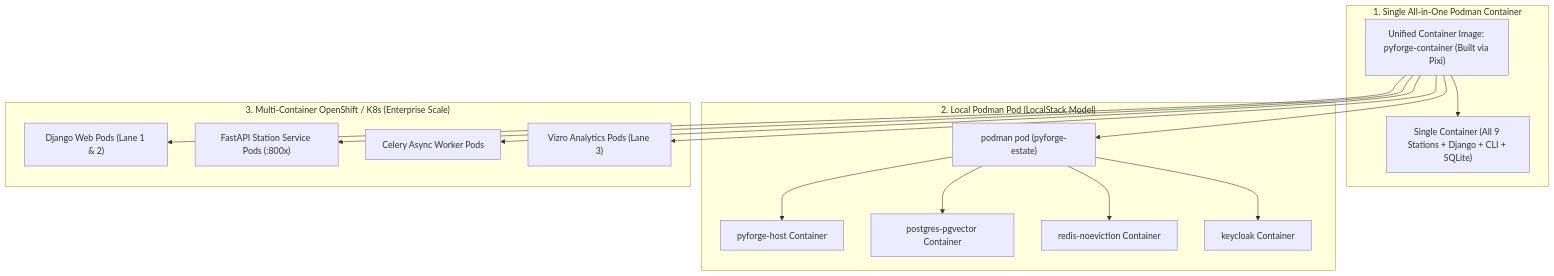
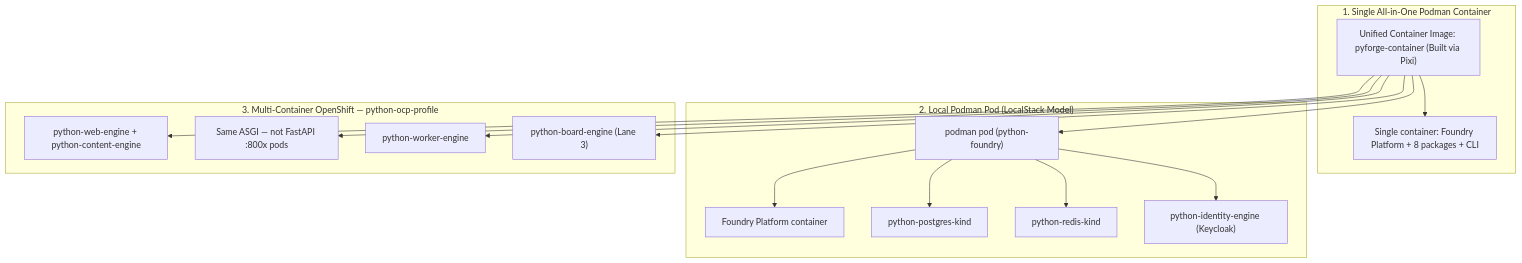
One commit to rxm7706/local-recipes changed the fourth of 13 diagrams in docs/dreams/pyforge-unifying-strategy.md. Above: the diagram before and after it, drawn with Mermaid. The commit also changed other lines of this file and 18 other files, not shown here.

````diff
--- a/docs/dreams/pyforge-unifying-strategy.md
+++ b/docs/dreams/pyforge-unifying-strategy.md
@@ -856,23 +891,23 @@
 ```mermaid
 graph TD
     UnifiedImg["Unified Container Image: pyforge-container (Built via Pixi)"]
   
     subgraph Mode1["1. Single All-in-One Podman Container"]
-        UnifiedImg --> SingleBox["Single Container (All 9 Stations + Django + CLI + SQLite)"]
+        UnifiedImg --> SingleBox["Single container: Foundry Platform + 8 packages + CLI"]
     end
   
     subgraph Mode2["2. Local Podman Pod (LocalStack Model)"]
-        UnifiedImg --> Pod["podman pod (pyforge-estate)"]
-        Pod --> PlatformC["pyforge-host Container"]
-        Pod --> DB["postgres-pgvector Container"]
-        Pod --> Redis["redis-noeviction Container"]
-        Pod --> Keycloak["keycloak Container"]
+        UnifiedImg --> Pod["podman pod (python-foundry)"]
+        Pod --> PlatformC["Foundry Platform container"]
+        Pod --> DB["python-postgres-kind"]
+        Pod --> Redis["python-redis-kind"]
+        Pod --> Keycloak["python-identity-engine (Keycloak)"]
     end
   
-    subgraph Mode3["3. Multi-Container OpenShift / K8s (Enterprise Scale)"]
-        UnifiedImg --> WebPods["Django Web Pods (Lane 1 & 2)"]
-        UnifiedImg --> ComputePods["FastAPI Station Service Pods (:800x)"]
-        UnifiedImg --> WorkerPods["Celery Async Worker Pods"]
-        UnifiedImg --> DashPods["Vizro Analytics Pods (Lane 3)"]
+    subgraph Mode3["3. Multi-Container OpenShift — python-ocp-profile"]
+        UnifiedImg --> WebPods["python-web-engine + python-content-engine"]
+        UnifiedImg --> ComputePods["Same ASGI — not FastAPI :800x pods"]
+        UnifiedImg --> WorkerPods["python-worker-engine"]
+        UnifiedImg --> DashPods["python-board-engine (Lane 3)"]
     end
 ```
````
